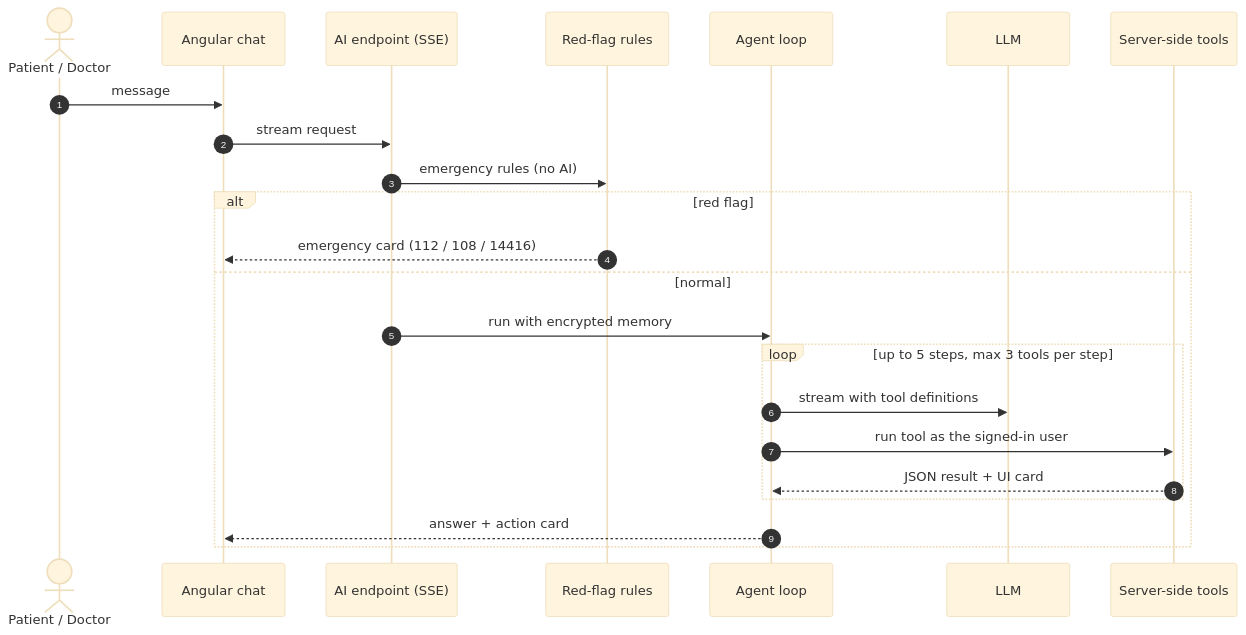
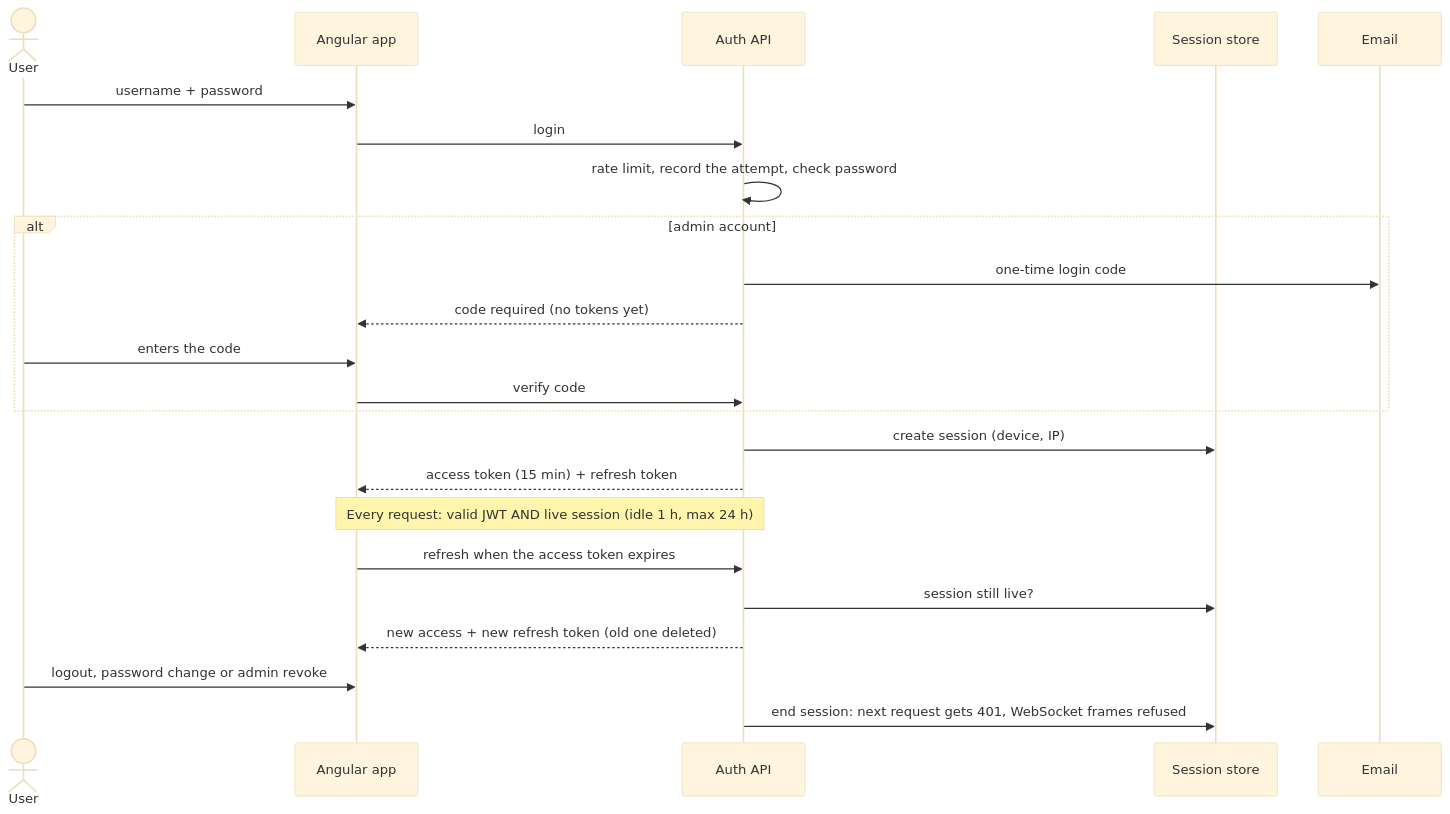
Diagram 24 of 28 in public/docs/caresync.md (vikrant48/CareSync_frontend), drawn with Mermaid (base theme) before and after one commit. The commit also changed other lines of this file and 78 other files, not shown here.

````diff
--- a/public/docs/caresync.md
+++ b/public/docs/caresync.md
@@ -245,25 +681,25 @@
 ```mermaid
 sequenceDiagram
-    autonumber
-    actor U as Patient / Doctor
-    participant FE as Angular chat
-    participant API as AI endpoint (SSE)
-    participant R as Red-flag rules
-    participant A as Agent loop
-    participant L as LLM
-    participant T as Server-side tools
-    U->>FE: message
-    FE->>API: stream request
-    API->>R: emergency rules (no AI)
-    alt red flag
-        R-->>FE: emergency card (112 / 108 / 14416)
-    else normal
-        API->>A: run with encrypted memory
-        loop up to 5 steps, max 3 tools per step
-            A->>L: stream with tool definitions
-            A->>T: run tool as the signed-in user
-            T-->>A: JSON result + UI card
-        end
-        A-->>FE: answer + action card
+    actor U as User
+    participant SPA as Angular app
+    participant API as Auth API
+    participant S as Session store
+    participant E as Email
+    U->>SPA: username + password
+    SPA->>API: login
+    API->>API: rate limit, record the attempt, check password
+    alt admin account
+        API->>E: one-time login code
+        API-->>SPA: code required (no tokens yet)
+        U->>SPA: enters the code
+        SPA->>API: verify code
     end
+    API->>S: create session (device, IP)
+    API-->>SPA: access token (15 min) + refresh token
+    Note over SPA,API: Every request: valid JWT AND live session (idle 1 h, max 24 h)
+    SPA->>API: refresh when the access token expires
+    API->>S: session still live?
+    API-->>SPA: new access + new refresh token (old one deleted)
+    U->>SPA: logout, password change or admin revoke
+    API->>S: end session: next request gets 401, WebSocket frames refused
 ```
````
